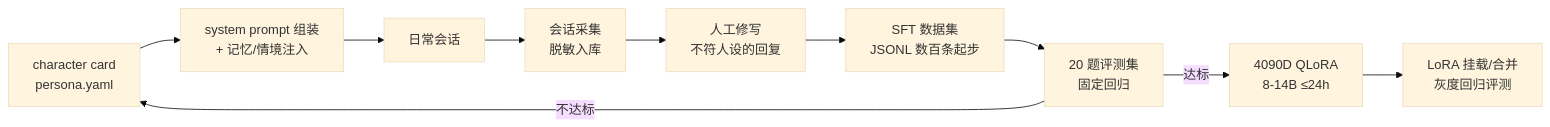
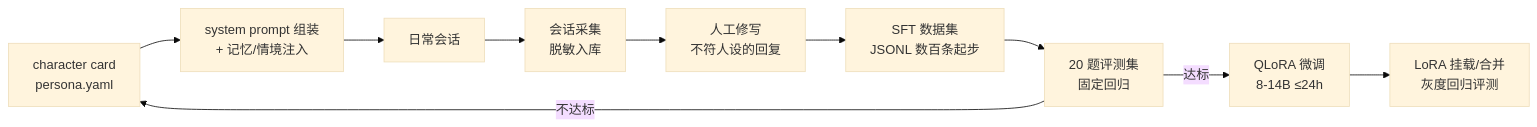
Before and after one commit to Momoyeyu/momo: the second of 3 diagrams in docs/04-tracks/persona.md, drawn with Mermaid (base theme). The commit also changed other lines of this file and 19 other files, not shown here.

````diff
--- a/docs/04-tracks/persona.md
+++ b/docs/04-tracks/persona.md
@@ -32,12 +32,12 @@
 ```mermaid
 flowchart LR
     CARD["character card<br/>persona.yaml"] --> PROMPT["system prompt 组装<br/>+ 记忆/情境注入"]
     PROMPT --> RUN["日常会话"]
     RUN --> LOG["会话采集<br/>脱敏入库"]
     LOG --> EDIT["人工修写<br/>不符人设的回复"]
     EDIT --> DS["SFT 数据集<br/>JSONL 数百条起步"]
     DS --> EVAL["20 题评测集<br/>固定回归"]
-    EVAL -->|"达标"| QLORA["4090D QLoRA<br/>8-14B ≤24h"]
+    EVAL -->|"达标"| QLORA["QLoRA 微调<br/>8-14B ≤24h"]
     EVAL -->|"不达标"| CARD
     QLORA --> MERGE["LoRA 挂载/合并<br/>灰度回归评测"]
 ```
````
